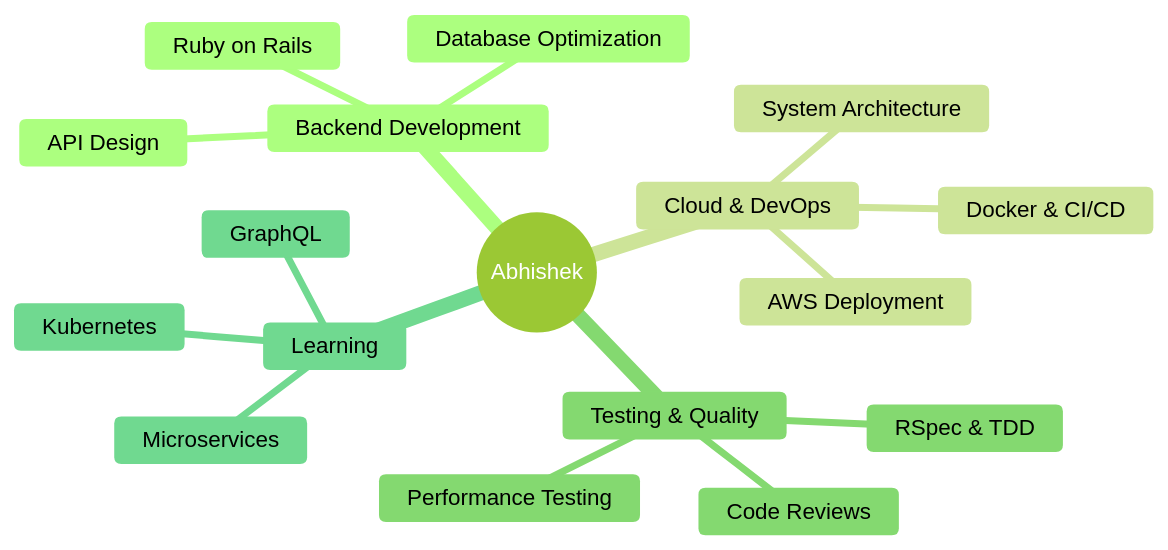
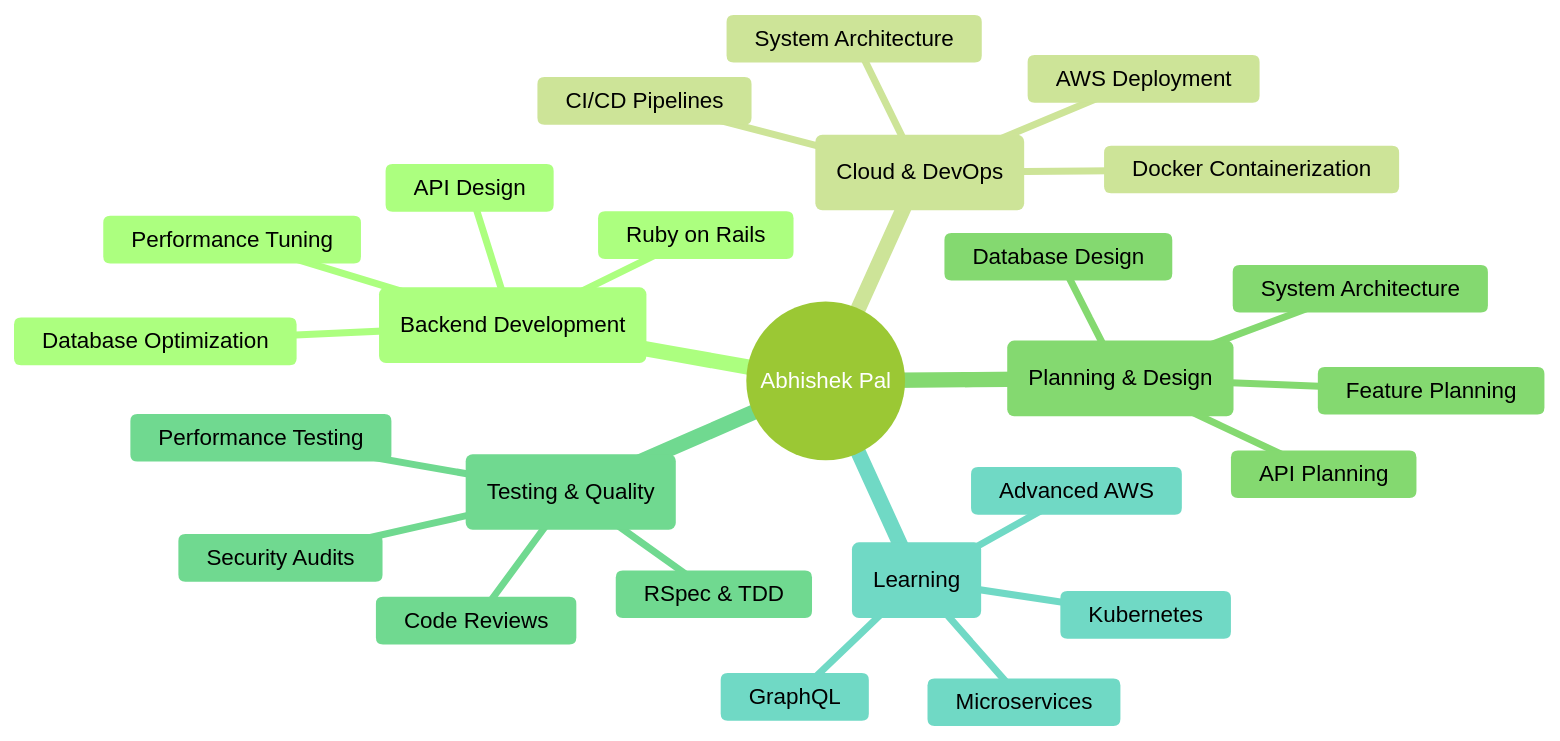
Before and after one commit to abhishek-ror/abhishek-ror: the diagram in README.md, drawn with Mermaid (forest theme). The commit also changed other lines of this file, not shown here.

````diff
--- a/README.md
+++ b/README.md
@@ -159,20 +260,29 @@
 ```mermaid
 mindmap
-  root((Abhishek))
-    Backend Development
+  root((Abhishek Pal))
+    (Backend Development)
       Ruby on Rails
       API Design
       Database Optimization
-    Cloud & DevOps
+      Performance Tuning
+    (Cloud & DevOps)
       AWS Deployment
-      Docker & CI/CD
+      Docker Containerization
+      CI/CD Pipelines
       System Architecture
-    Testing & Quality
+    (Planning & Design)
+      System Architecture
+      Database Design
+      API Planning
+      Feature Planning
+    (Testing & Quality)
       RSpec & TDD
       Code Reviews
       Performance Testing
-    Learning
+      Security Audits
+    (Learning)
       Microservices
       Kubernetes
       GraphQL
+      Advanced AWS
 ```
````
